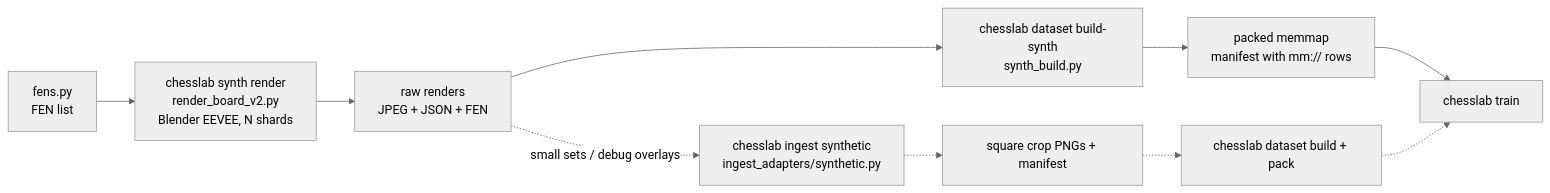
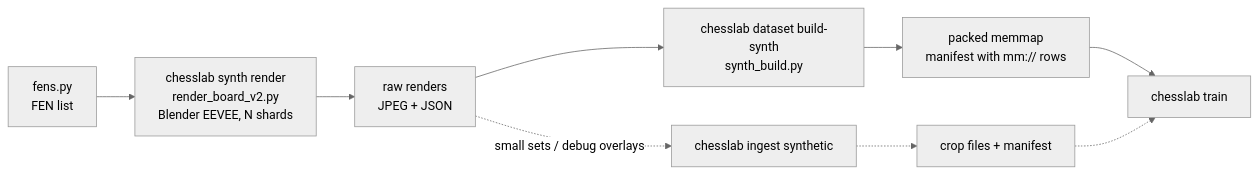
Before and after one commit to Kloggzer/chess-vision: the diagram in docs/synth-pipeline.md, drawn with Mermaid (neutral theme). The commit also changed other lines of this file and 94 other files, not shown here.

````diff
--- a/docs/synth-pipeline.md
+++ b/docs/synth-pipeline.md
@@ -12,12 +8,10 @@
 ```mermaid
 flowchart LR
     FEN[fens.py<br/>FEN list] --> RENDER[chesslab synth render<br/>render_board_v2.py<br/>Blender EEVEE, N shards]
-    RENDER --> RAW[raw renders<br/>JPEG + JSON + FEN]
+    RENDER --> RAW[raw renders<br/>JPEG + JSON]
     RAW --> FUSE[chesslab dataset build-synth<br/>synth_build.py]
     FUSE --> PACKED[packed memmap<br/>manifest with mm:// rows]
     PACKED --> TRAIN[chesslab train]
-    RAW -. small sets / debug overlays .-> INGEST[chesslab ingest synthetic<br/>ingest_adapters/synthetic.py]
-    INGEST -.-> CROPS[square crop PNGs + manifest]
-    CROPS -.-> DATASET[chesslab dataset build + pack]
-    DATASET -.-> TRAIN
+    RAW -. small sets / debug overlays .-> INGEST[chesslab ingest synthetic]
+    INGEST -.-> CROPS[crop files + manifest] -.-> TRAIN
 ```
````
